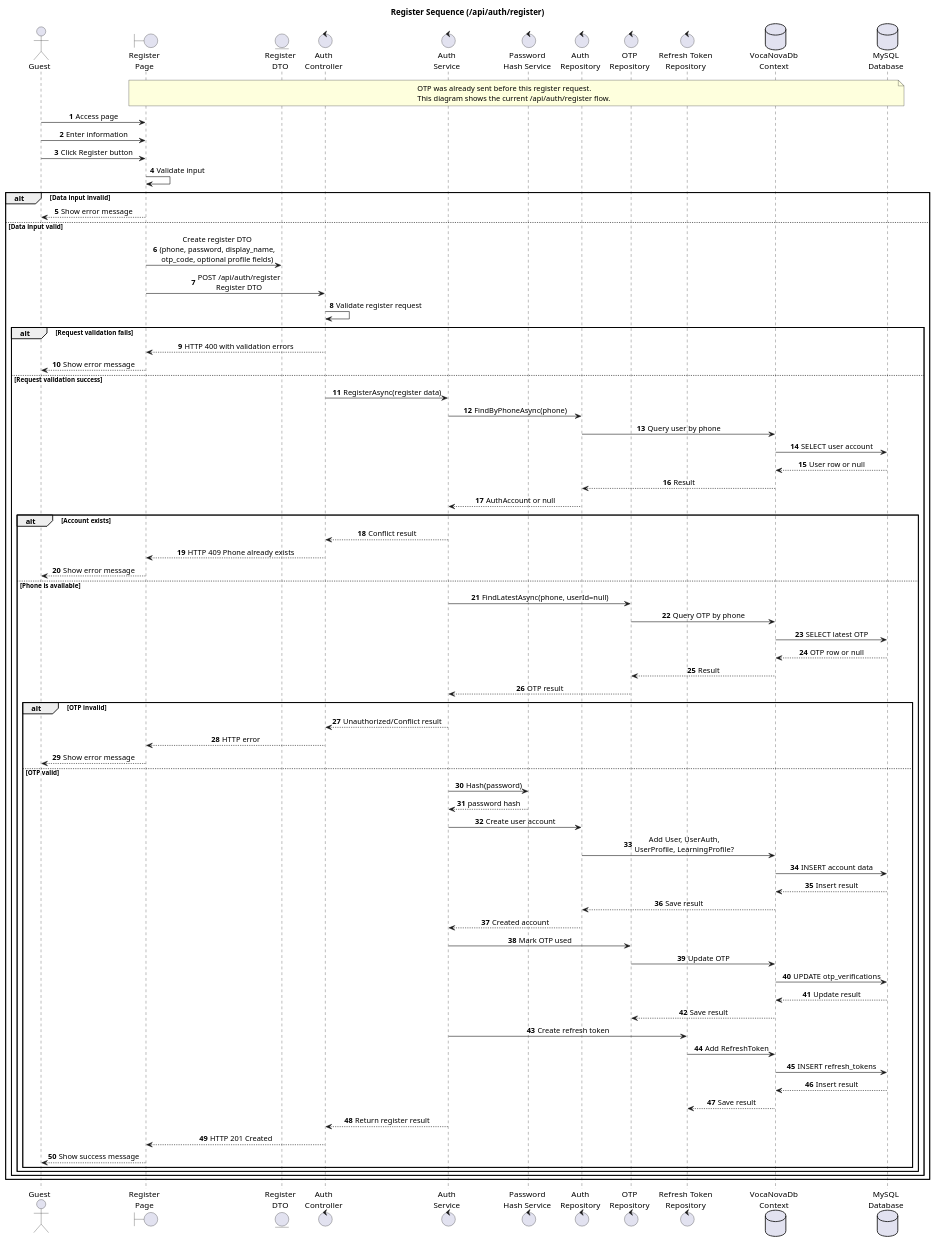
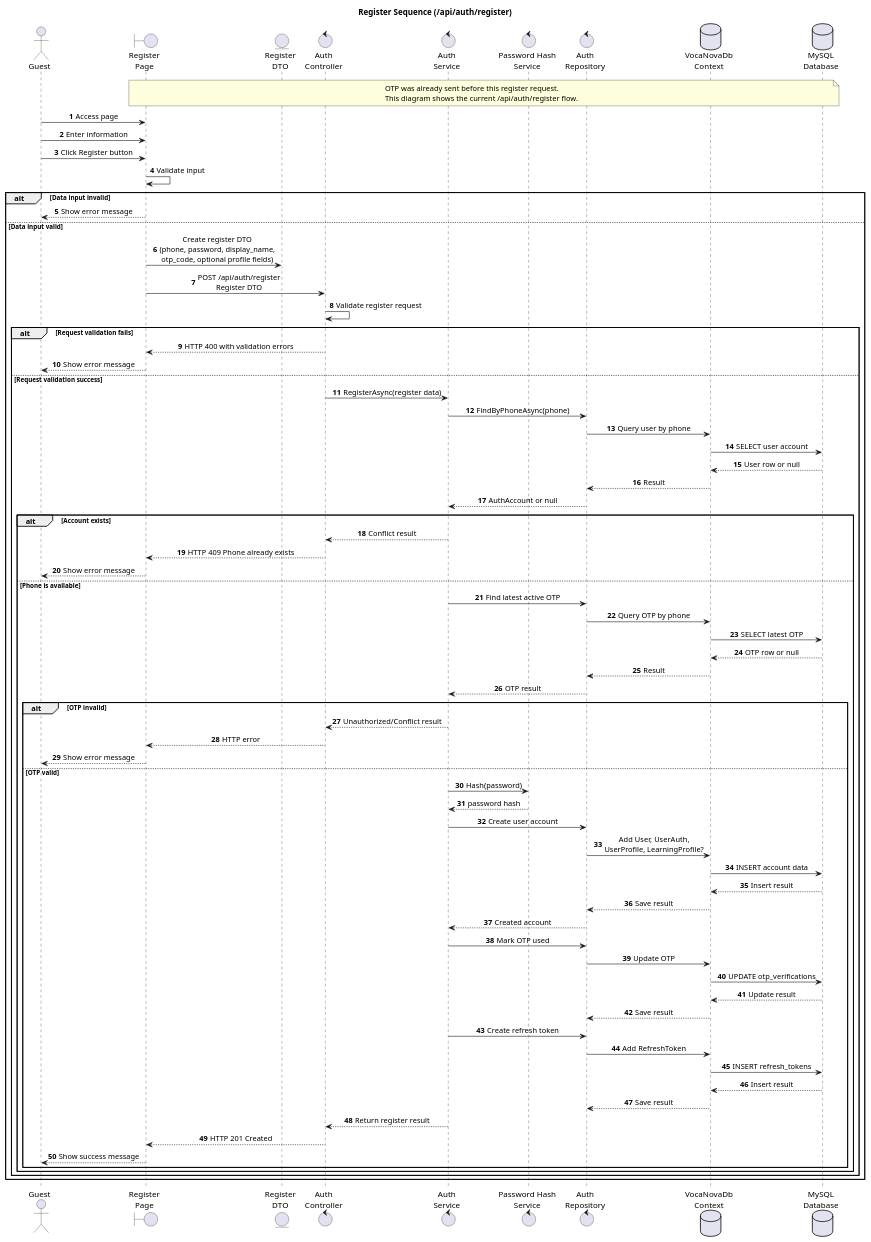
One commit to thisIsCenx04/VocaNova changed the diagram in docs/diagrams/auth-register-sequence.puml. Above: the diagram before and after it, drawn with PlantUML.

Commit message:
fix/register/sequences/v2

```diff
--- a/docs/diagrams/auth-register-sequence.puml
+++ b/docs/diagrams/auth-register-sequence.puml
@@ -1,95 +1,93 @@
 @startuml
 title Register Sequence (/api/auth/register)
 
 autonumber
 skinparam responseMessageBelowArrow true
 skinparam sequenceMessageAlign center
 
 actor Guest
 boundary "Register\nPage" as RegisterPage
 entity "Register\nDTO" as RegisterDto
 control "Auth\nController" as AuthController
 control "Auth\nService" as AuthService
-control "Password\nHash Service" as PasswordHashService
+control "Password Hash\nService" as PasswordHashService
 control "Auth\nRepository" as AuthRepository
-control "OTP\nRepository" as OtpRepository
-control "Refresh Token\nRepository" as RefreshTokenRepository
 database "VocaNovaDb\nContext" as DbContext
 database "MySQL\nDatabase" as MySQL
 
 note over RegisterPage, MySQL
 OTP was already sent before this register request.
 This diagram shows the current /api/auth/register flow.
 end note
 
 Guest -> RegisterPage: Access page
 Guest -> RegisterPage: Enter information
 Guest -> RegisterPage: Click Register button
 RegisterPage -> RegisterPage: Validate input
 
 alt Data input invalid
     RegisterPage --> Guest: Show error message
 else Data input valid
     RegisterPage -> RegisterDto: Create register DTO\n(phone, password, display_name,\notp_code, optional profile fields)
     RegisterPage -> AuthController: POST /api/auth/register\nRegister DTO
     AuthController -> AuthController: Validate register request
 
     alt Request validation fails
         AuthController --> RegisterPage: HTTP 400 with validation errors
         RegisterPage --> Guest: Show error message
     else Request validation success
         AuthController -> AuthService: RegisterAsync(register data)
         AuthService -> AuthRepository: FindByPhoneAsync(phone)
         AuthRepository -> DbContext: Query user by phone
         DbContext -> MySQL: SELECT user account
         MySQL --> DbContext: User row or null
         DbContext --> AuthRepository: Result
         AuthRepository --> AuthService: AuthAccount or null
 
         alt Account exists
             AuthService --> AuthController: Conflict result
             AuthController --> RegisterPage: HTTP 409 Phone already exists
             RegisterPage --> Guest: Show error message
         else Phone is available
-            AuthService -> OtpRepository: FindLatestAsync(phone, userId=null)
-            OtpRepository -> DbContext: Query OTP by phone
+            AuthService -> AuthRepository: Find latest active OTP
+            AuthRepository -> DbContext: Query OTP by phone
             DbContext -> MySQL: SELECT latest OTP
             MySQL --> DbContext: OTP row or null
-            DbContext --> OtpRepository: Result
-            OtpRepository --> AuthService: OTP result
+            DbContext --> AuthRepository: Result
+            AuthRepository --> AuthService: OTP result
 
             alt OTP invalid
                 AuthService --> AuthController: Unauthorized/Conflict result
                 AuthController --> RegisterPage: HTTP error
                 RegisterPage --> Guest: Show error message
             else OTP valid
                 AuthService -> PasswordHashService: Hash(password)
                 PasswordHashService --> AuthService: password hash
                 AuthService -> AuthRepository: Create user account
                 AuthRepository -> DbContext: Add User, UserAuth,\nUserProfile, LearningProfile?
                 DbContext -> MySQL: INSERT account data
                 MySQL --> DbContext: Insert result
                 DbContext --> AuthRepository: Save result
                 AuthRepository --> AuthService: Created account
 
-                AuthService -> OtpRepository: Mark OTP used
-                OtpRepository -> DbContext: Update OTP
+                AuthService -> AuthRepository: Mark OTP used
+                AuthRepository -> DbContext: Update OTP
                 DbContext -> MySQL: UPDATE otp_verifications
                 MySQL --> DbContext: Update result
-                DbContext --> OtpRepository: Save result
+                DbContext --> AuthRepository: Save result
 
-                AuthService -> RefreshTokenRepository: Create refresh token
-                RefreshTokenRepository -> DbContext: Add RefreshToken
+                AuthService -> AuthRepository: Create refresh token
+                AuthRepository -> DbContext: Add RefreshToken
                 DbContext -> MySQL: INSERT refresh_tokens
                 MySQL --> DbContext: Insert result
-                DbContext --> RefreshTokenRepository: Save result
+                DbContext --> AuthRepository: Save result
 
                 AuthService --> AuthController: Return register result
                 AuthController --> RegisterPage: HTTP 201 Created
                 RegisterPage --> Guest: Show success message
             end
         end
     end
 end
 
 @enduml
```
